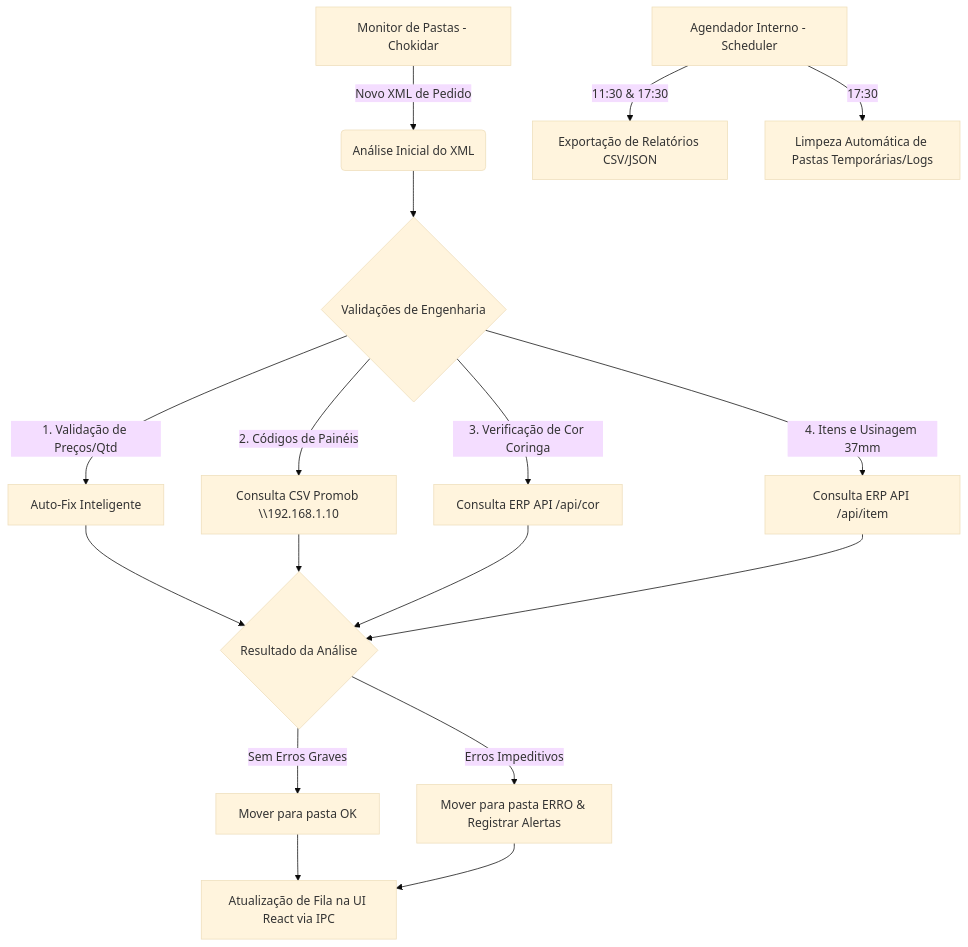
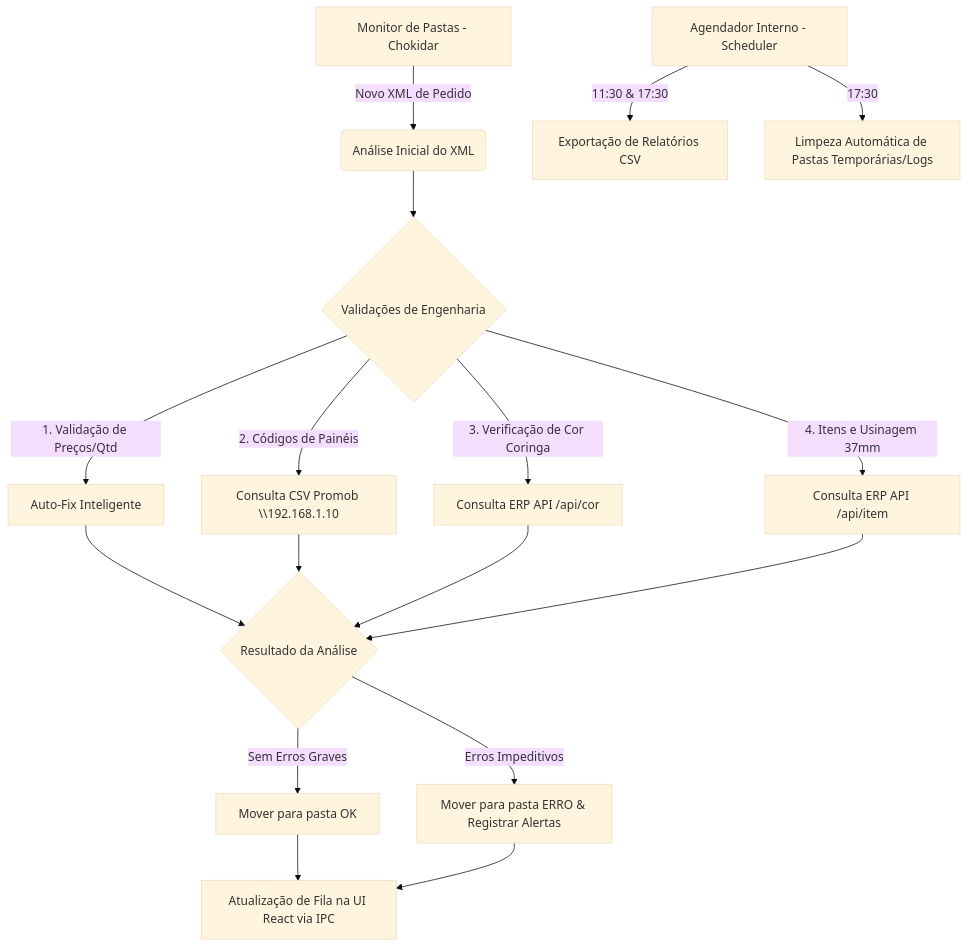
Before and after one commit to betolara1/Bartz-Analyzer: the diagram in README.md, drawn with Mermaid (base theme). The commit also changed other lines of this file and 11 other files, not shown here.

````diff
--- a/README.md
+++ b/README.md
@@ -43,21 +43,21 @@
 ```mermaid
 graph TD
     A[Monitor de Pastas - Chokidar] -->|Novo XML de Pedido| B(Análise Inicial do XML)
     B --> C{Validações de Engenharia}
     
     C -->|1. Validação de Preços/Qtd| D[Auto-Fix Inteligente]
     C -->|2. Códigos de Painéis| E[Consulta CSV Promob \\192.168.1.10]
     C -->|3. Verificação de Cor Coringa| F[Consulta ERP API /api/cor]
     C -->|4. Itens e Usinagem 37mm| G[Consulta ERP API /api/item]
     
     D & E & F & G --> H{Resultado da Análise}
     
     H -->|Sem Erros Graves| I[Mover para pasta OK]
     H -->|Erros Impeditivos| J[Mover para pasta ERRO & Registrar Alertas]
     
     I & J --> K[Atualização de Fila na UI React via IPC]
     
     %% Scheduler Scheduler Flow
-    L[Agendador Interno - Scheduler] -->|11:30 & 17:30| M[Exportação de Relatórios CSV/JSON]
+    L[Agendador Interno - Scheduler] -->|11:30 & 17:30| M[Exportação de Relatórios CSV]
     L -->|17:30| N[Limpeza Automática de Pastas Temporárias/Logs]
 ```
````
